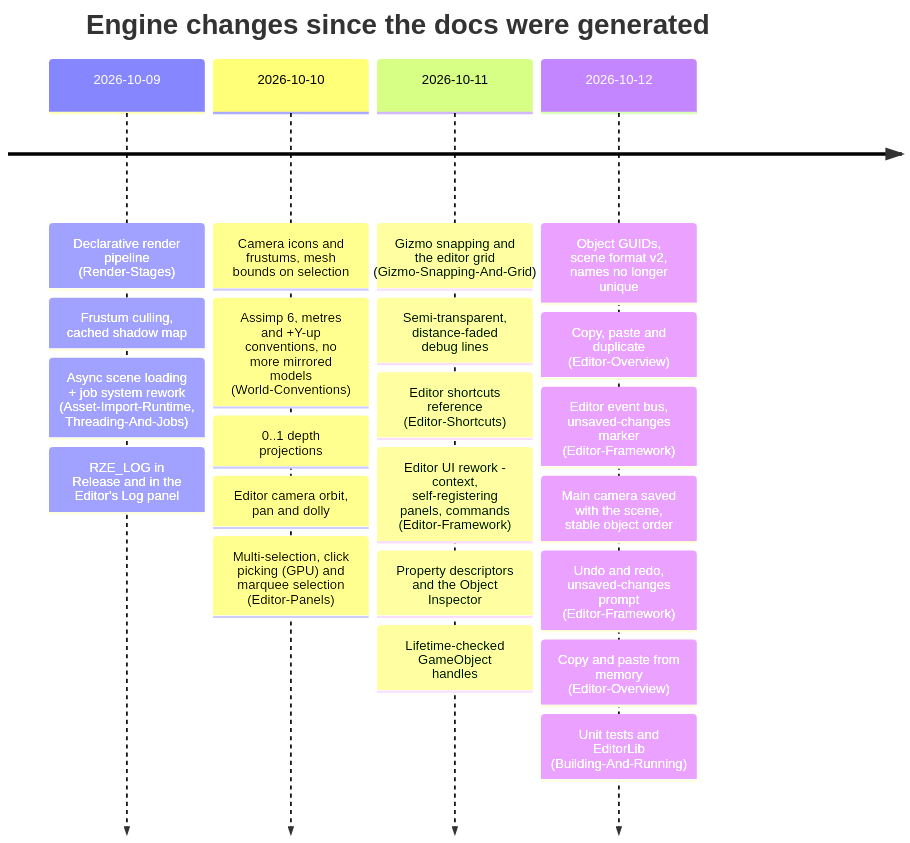
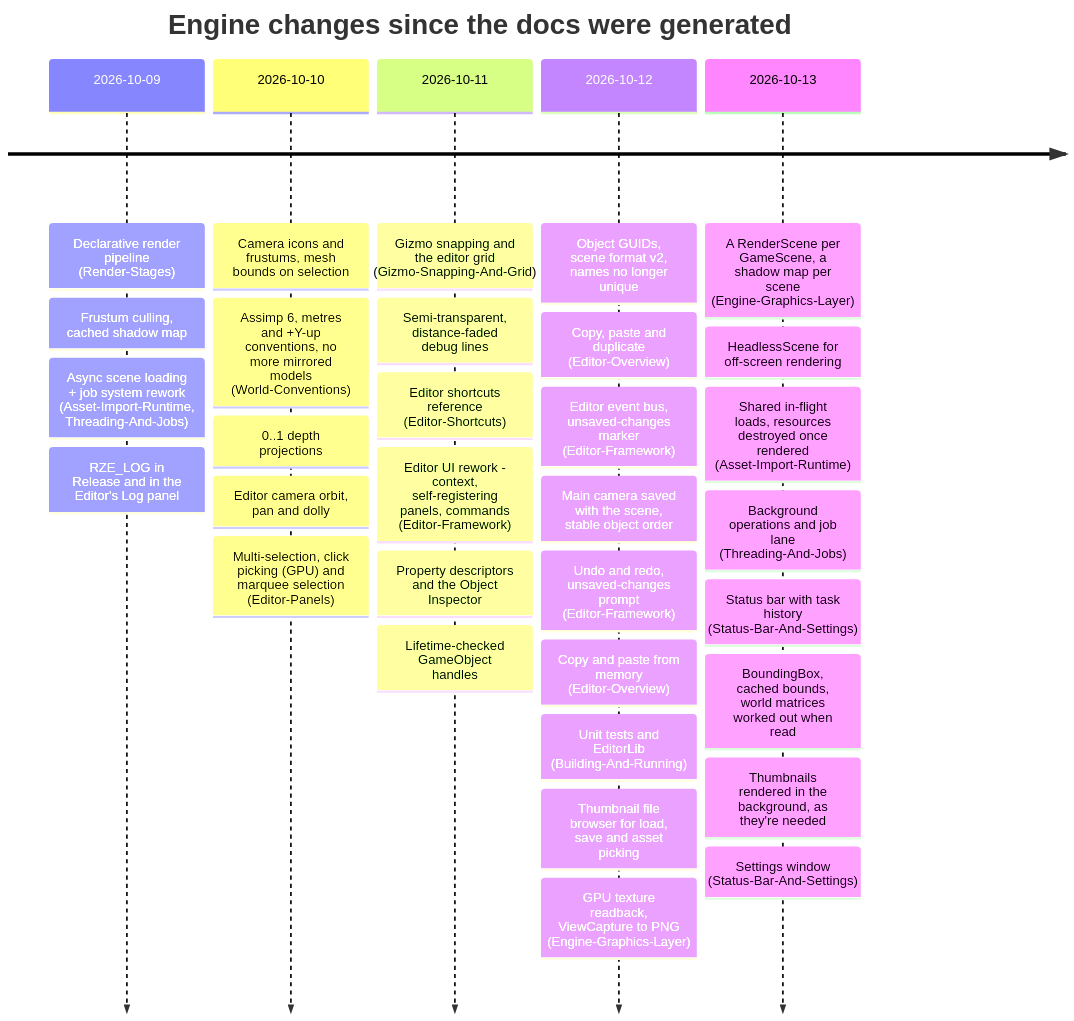
Before and after one commit to b1nary0/RZE: the third of 3 diagrams in Docs/Generated/Engine/index.md, drawn with Mermaid. The commit also changed other lines of this file and 22 other files, not shown here.

````diff
--- a/Docs/Generated/Engine/index.md
+++ b/Docs/Generated/Engine/index.md
@@ -90,26 +90,36 @@
 ```mermaid
 timeline
     title Engine changes since the docs were generated
     2026-10-09 : Declarative render pipeline (Render-Stages)
                : Frustum culling, cached shadow map
                : Async scene loading + job system rework (Asset-Import-Runtime, Threading-And-Jobs)
                : RZE_LOG in Release and in the Editor's Log panel
     2026-10-10 : Camera icons and frustums, mesh bounds on selection
                : Assimp 6, metres and +Y-up conventions, no more mirrored models (World-Conventions)
                : 0..1 depth projections
                : Editor camera orbit, pan and dolly
                : Multi-selection, click picking (GPU) and marquee selection (Editor-Panels)
     2026-10-11 : Gizmo snapping and the editor grid (Gizmo-Snapping-And-Grid)
                : Semi-transparent, distance-faded debug lines
                : Editor shortcuts reference (Editor-Shortcuts)
                : Editor UI rework - context, self-registering panels, commands (Editor-Framework)
                : Property descriptors and the Object Inspector
                : Lifetime-checked GameObject handles
     2026-10-12 : Object GUIDs, scene format v2, names no longer unique
                : Copy, paste and duplicate (Editor-Overview)
                : Editor event bus, unsaved-changes marker (Editor-Framework)
                : Main camera saved with the scene, stable object order
                : Undo and redo, unsaved-changes prompt (Editor-Framework)
                : Copy and paste from memory (Editor-Overview)
                : Unit tests and EditorLib (Building-And-Running)
+               : Thumbnail file browser for load, save and asset picking
+               : GPU texture readback, ViewCapture to PNG (Engine-Graphics-Layer)
+    2026-10-13 : A RenderScene per GameScene, a shadow map per scene (Engine-Graphics-Layer)
+               : HeadlessScene for off-screen rendering
+               : Shared in-flight loads, resources destroyed once rendered (Asset-Import-Runtime)
+               : Background operations and job lane (Threading-And-Jobs)
+               : Status bar with task history (Status-Bar-And-Settings)
+               : BoundingBox, cached bounds, world matrices worked out when read
+               : Thumbnails rendered in the background, as they're needed
+               : Settings window (Status-Bar-And-Settings)
 ```
````
